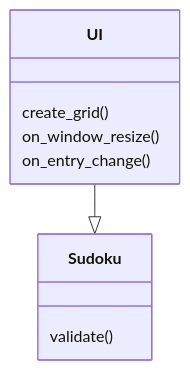
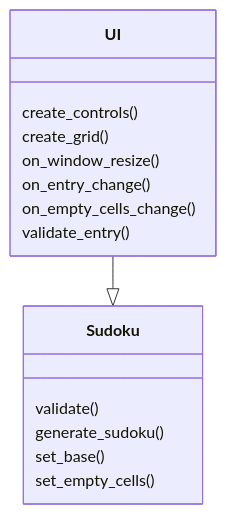
The diagram in dokumentaatio/arkkitehtuuri.md (maazjes/ohte), drawn with Mermaid before and after one commit. The commit also changed 10 other files, not shown here.

````diff
--- a/dokumentaatio/arkkitehtuuri.md
+++ b/dokumentaatio/arkkitehtuuri.md
@@ -1,12 +1,18 @@
 ```mermaid
 classDiagram
     class UI{
+        create_controls()
         create_grid()
         on_window_resize()
         on_entry_change()
+        on_empty_cells_change()
+        validate_entry()
     }
     class Sudoku{
         validate()
+        generate_sudoku()
+        set_base()
+        set_empty_cells()
     }
     UI --|> Sudoku
 ```
````
